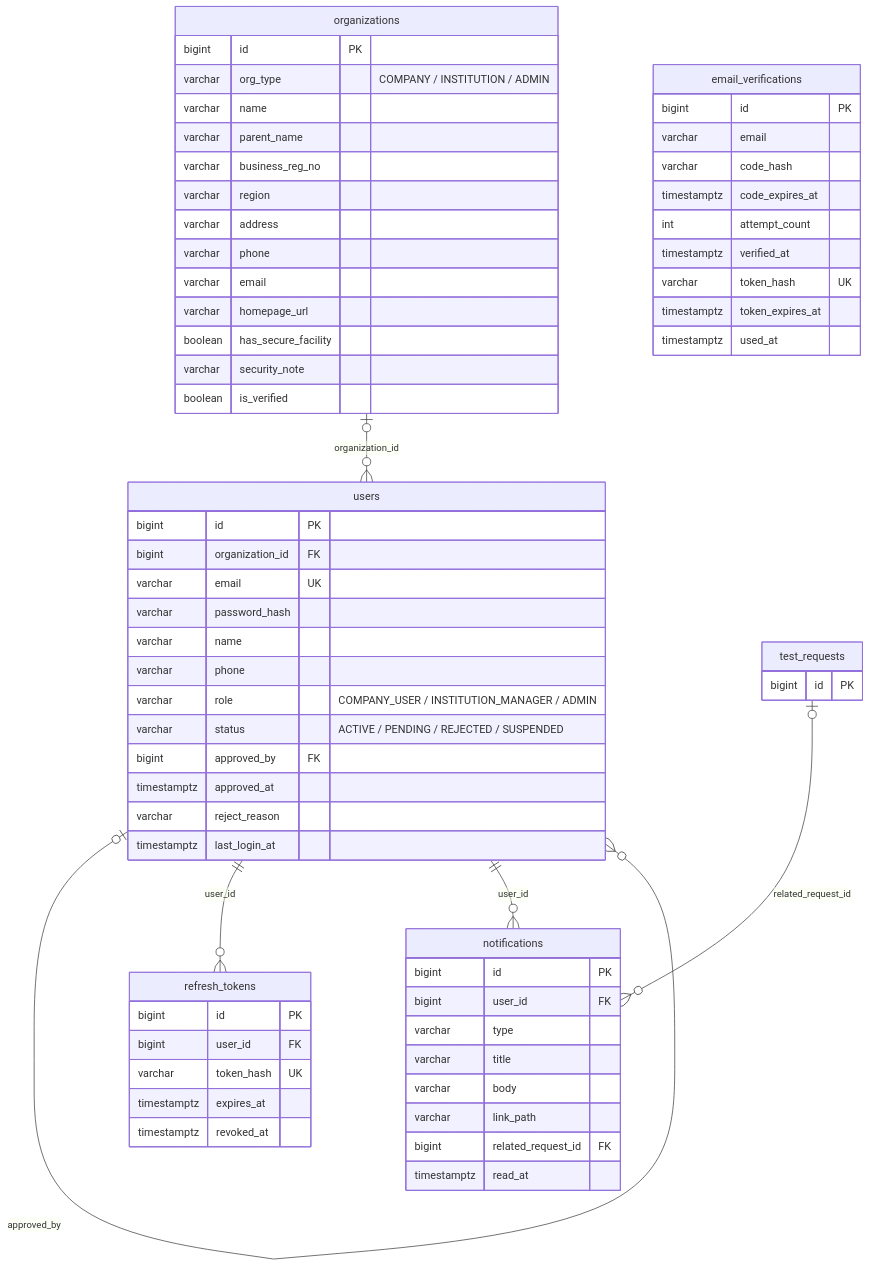
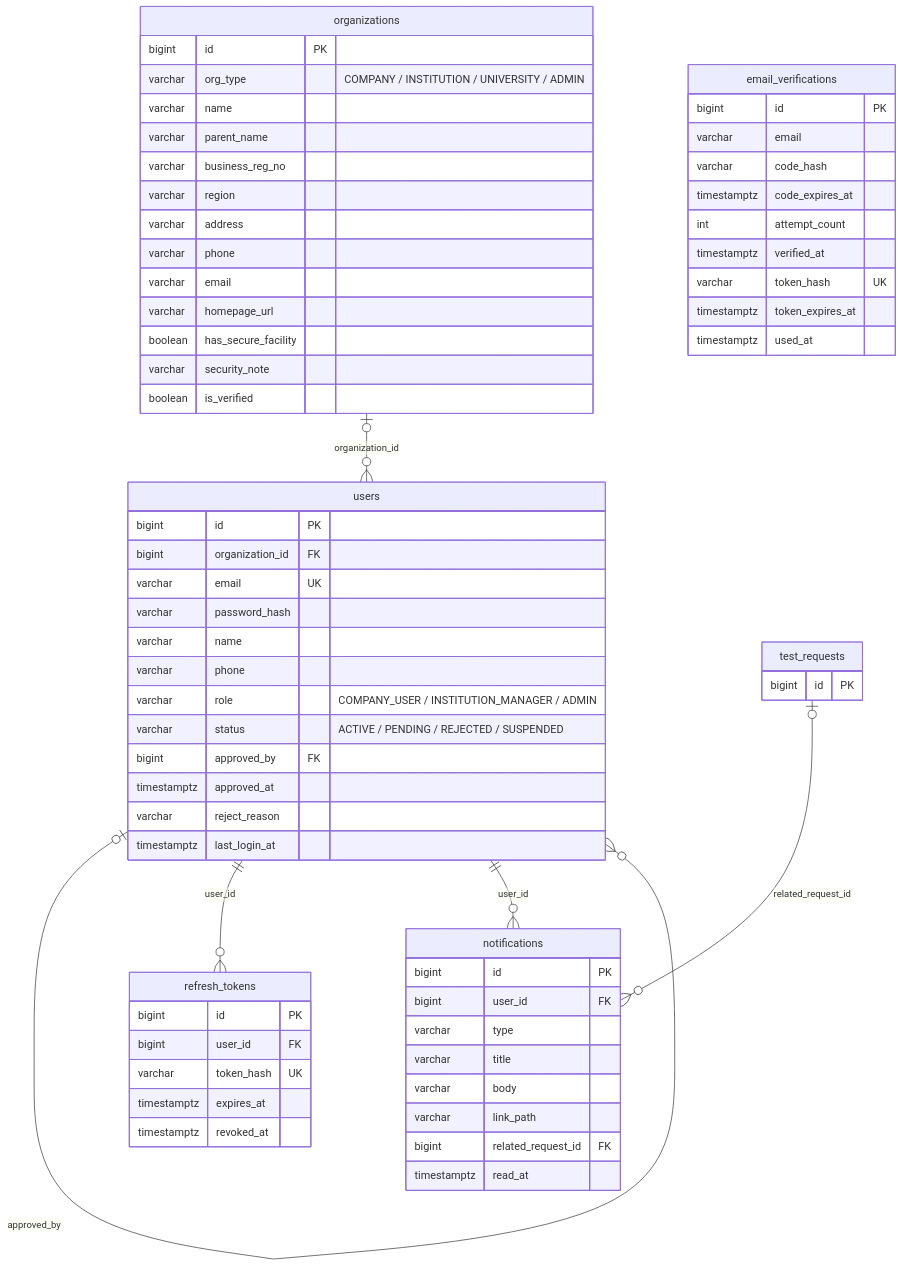
One commit to capstoneastra/Astra_Back changed the third of 8 diagrams in README.md. Above: the diagram before and after it, drawn with Mermaid. The commit also changed other lines of this file and 1 other file, not shown here.

````diff
--- a/README.md
+++ b/README.md
@@ -220,68 +231,68 @@
 ```mermaid
 erDiagram
     organizations {
         bigint id PK
-        varchar org_type "COMPANY / INSTITUTION / ADMIN"
+        varchar org_type "COMPANY / INSTITUTION / UNIVERSITY / ADMIN"
         varchar name
         varchar parent_name
         varchar business_reg_no
         varchar region
         varchar address
         varchar phone
         varchar email
         varchar homepage_url
         boolean has_secure_facility
         varchar security_note
         boolean is_verified
     }
     users {
         bigint id PK
         bigint organization_id FK
         varchar email UK
         varchar password_hash
         varchar name
         varchar phone
         varchar role "COMPANY_USER / INSTITUTION_MANAGER / ADMIN"
         varchar status "ACTIVE / PENDING / REJECTED / SUSPENDED"
         bigint approved_by FK
         timestamptz approved_at
         varchar reject_reason
         timestamptz last_login_at
     }
     refresh_tokens {
         bigint id PK
         bigint user_id FK
         varchar token_hash UK
         timestamptz expires_at
         timestamptz revoked_at
     }
     email_verifications {
         bigint id PK
         varchar email
         varchar code_hash
         timestamptz code_expires_at
         int attempt_count
         timestamptz verified_at
         varchar token_hash UK
         timestamptz token_expires_at
         timestamptz used_at
     }
     notifications {
         bigint id PK
         bigint user_id FK
         varchar type
         varchar title
         varchar body
         varchar link_path
         bigint related_request_id FK
         timestamptz read_at
     }
     test_requests {
         bigint id PK
     }
     organizations |o--o{ users : "organization_id"
     users |o--o{ users : "approved_by"
     users ||--o{ refresh_tokens : "user_id"
     users ||--o{ notifications : "user_id"
     test_requests |o--o{ notifications : "related_request_id"
 ```
````
